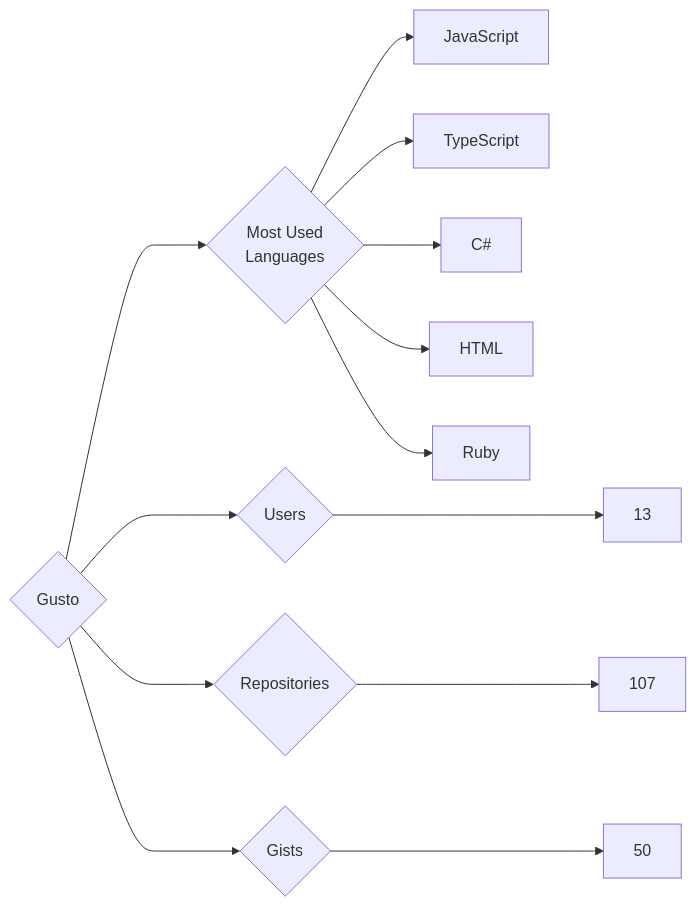
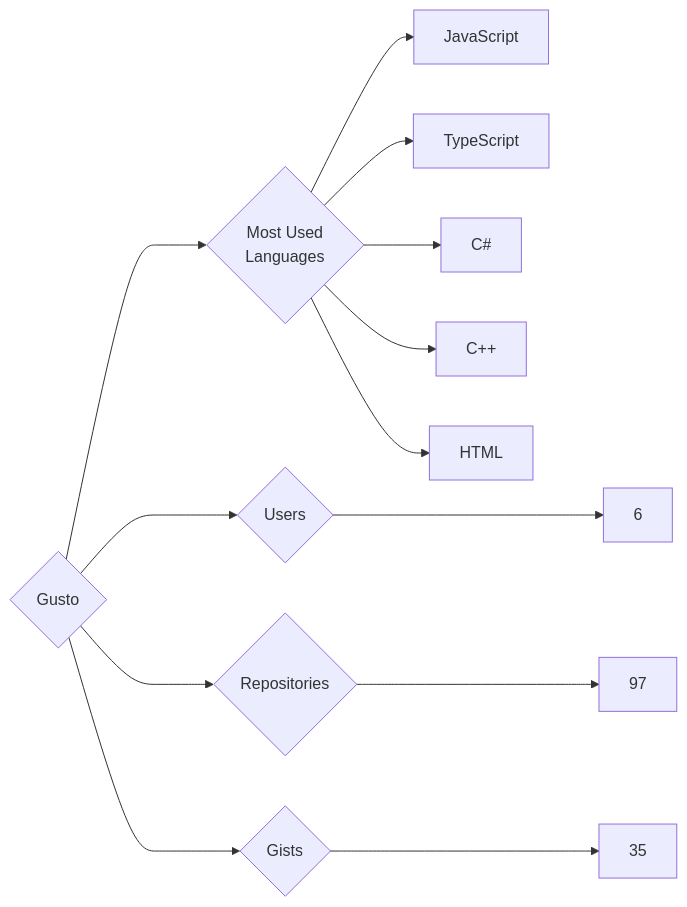
The diagram in targets/Gusto/README.md (trickest/insiders), drawn with Mermaid before and after one commit. The commit also changed 545 other files, not shown here.

````diff
--- a/targets/Gusto/README.md
+++ b/targets/Gusto/README.md
@@ -3,13 +3,13 @@
 ```mermaid
 graph LR
 COMPANY_NAME{Gusto}
-COMPANY_NAME ---> U{Users} ---> UN[13]
-COMPANY_NAME ---> R{Repositories} ---> RN[107]
-COMPANY_NAME ---> G{Gists} ---> GN[50]
+COMPANY_NAME ---> U{Users} ---> UN[6]
+COMPANY_NAME ---> R{Repositories} ---> RN[97]
+COMPANY_NAME ---> G{Gists} ---> GN[35]
 COMPANY_NAME ---> ML{Most Used<br>Languages}
 ML --> JavaScript[JavaScript]
 ML --> TypeScript[TypeScript]
 ML --> C#[C#]
+ML --> C++[C++]
 ML --> HTML[HTML]
-ML --> Ruby[Ruby]
 ```
````
